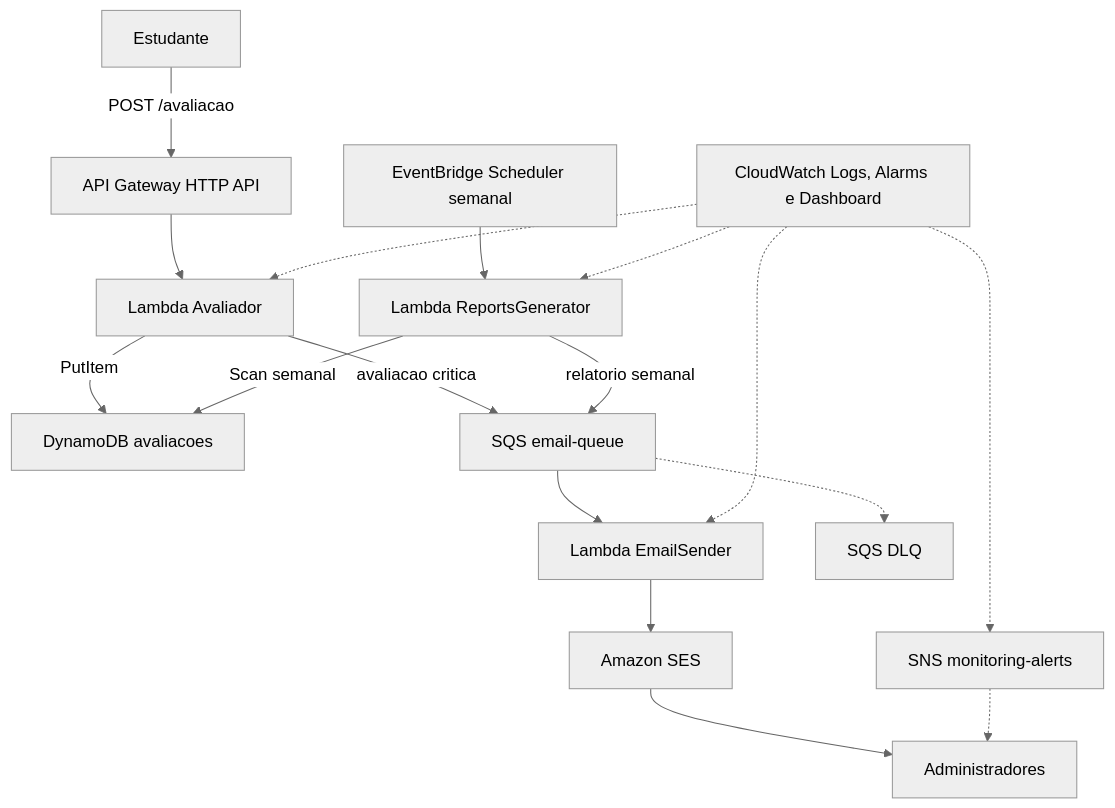
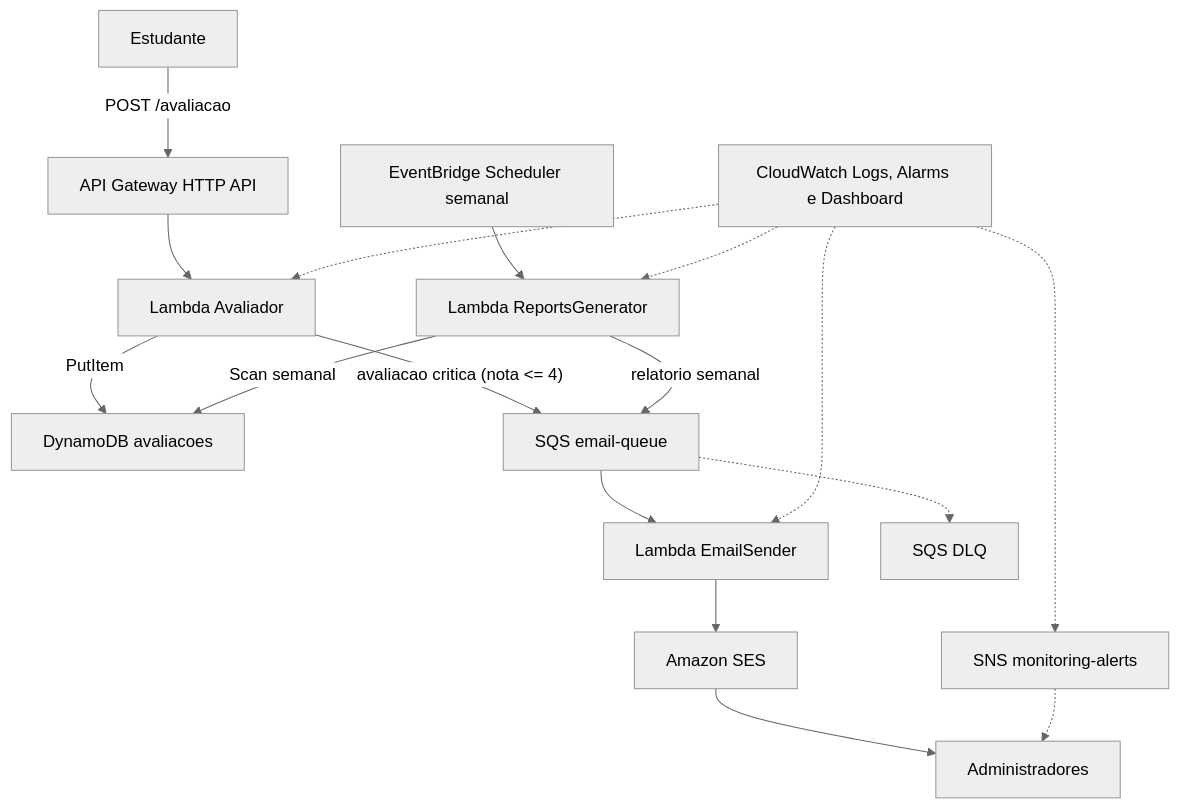
One commit to eps364/tech-challenge-fase-04 changed the diagram in docs/document.md. Above: the diagram before and after it, drawn with Mermaid (neutral theme). The commit also changed other lines of this file and 4 other files, not shown here.

Commit message:
update documentation and scripts for LocalStack setup; add new project overview and architecture details

````diff
--- a/docs/document.md
+++ b/docs/document.md
@@ -69,19 +69,19 @@
 ```mermaid
 graph TD
     Student["Estudante"] -->|"POST /avaliacao"| ApiGateway["API Gateway HTTP API"]
     ApiGateway --> Avaliador["Lambda Avaliador"]
     Avaliador -->|"PutItem"| DynamoDB["DynamoDB avaliacoes"]
-    Avaliador -->|"avaliacao critica"| EmailQueue["SQS email-queue"]
+    Avaliador -->|"avaliacao critica (nota <= 4)"| EmailQueue["SQS email-queue"]
     Scheduler["EventBridge Scheduler semanal"] --> Reports["Lambda ReportsGenerator"]
     Reports -->|"Scan semanal"| DynamoDB
     Reports -->|"relatorio semanal"| EmailQueue
     EmailQueue --> EmailSender["Lambda EmailSender"]
     EmailSender --> SES["Amazon SES"]
     SES --> Admin["Administradores"]
     EmailQueue -.-> DLQ["SQS DLQ"]
     CloudWatch["CloudWatch Logs, Alarms e Dashboard"] -.-> Avaliador
     CloudWatch -.-> Reports
     CloudWatch -.-> EmailSender
     Alerts["SNS monitoring-alerts"] -.-> Admin
     CloudWatch -.-> Alerts
 ```
````
